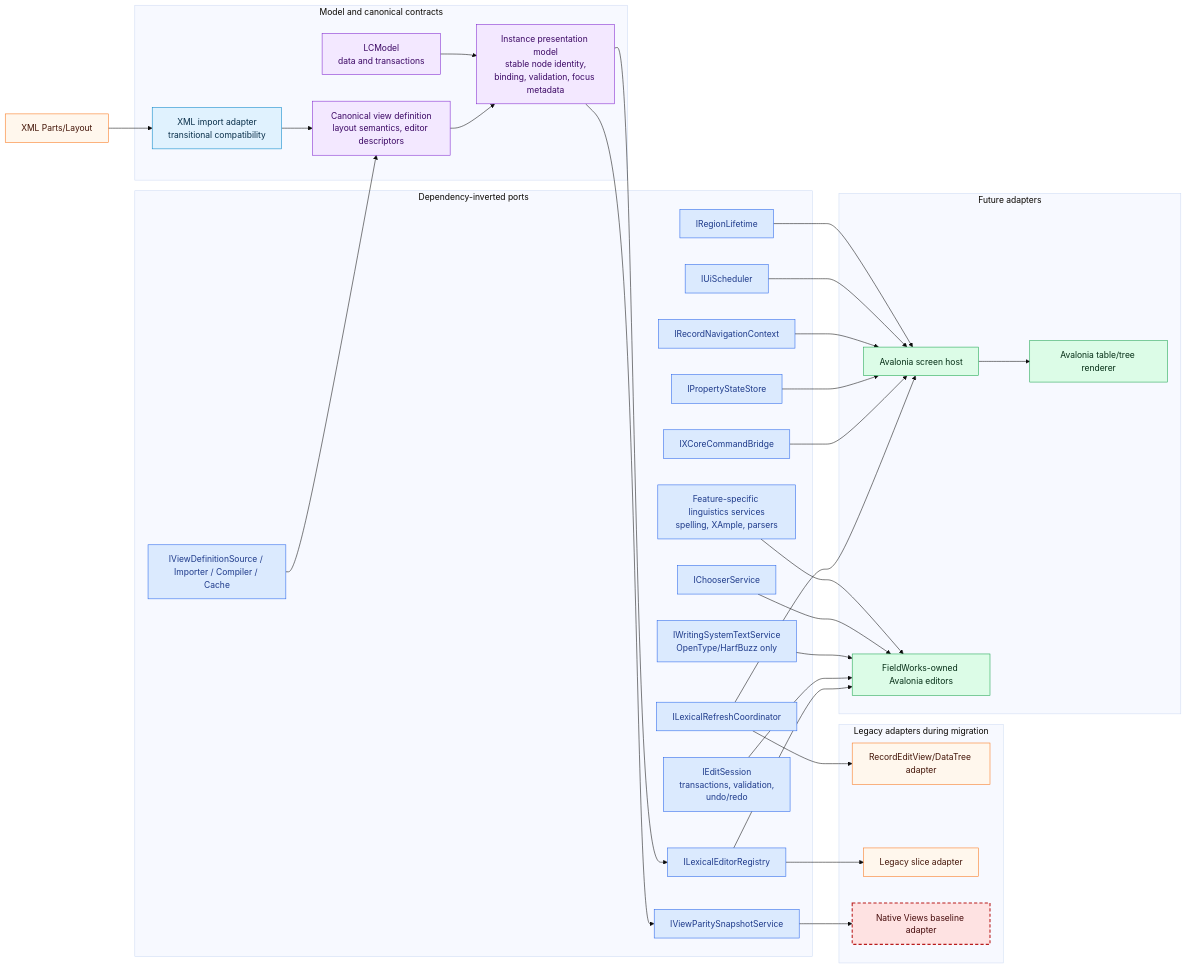
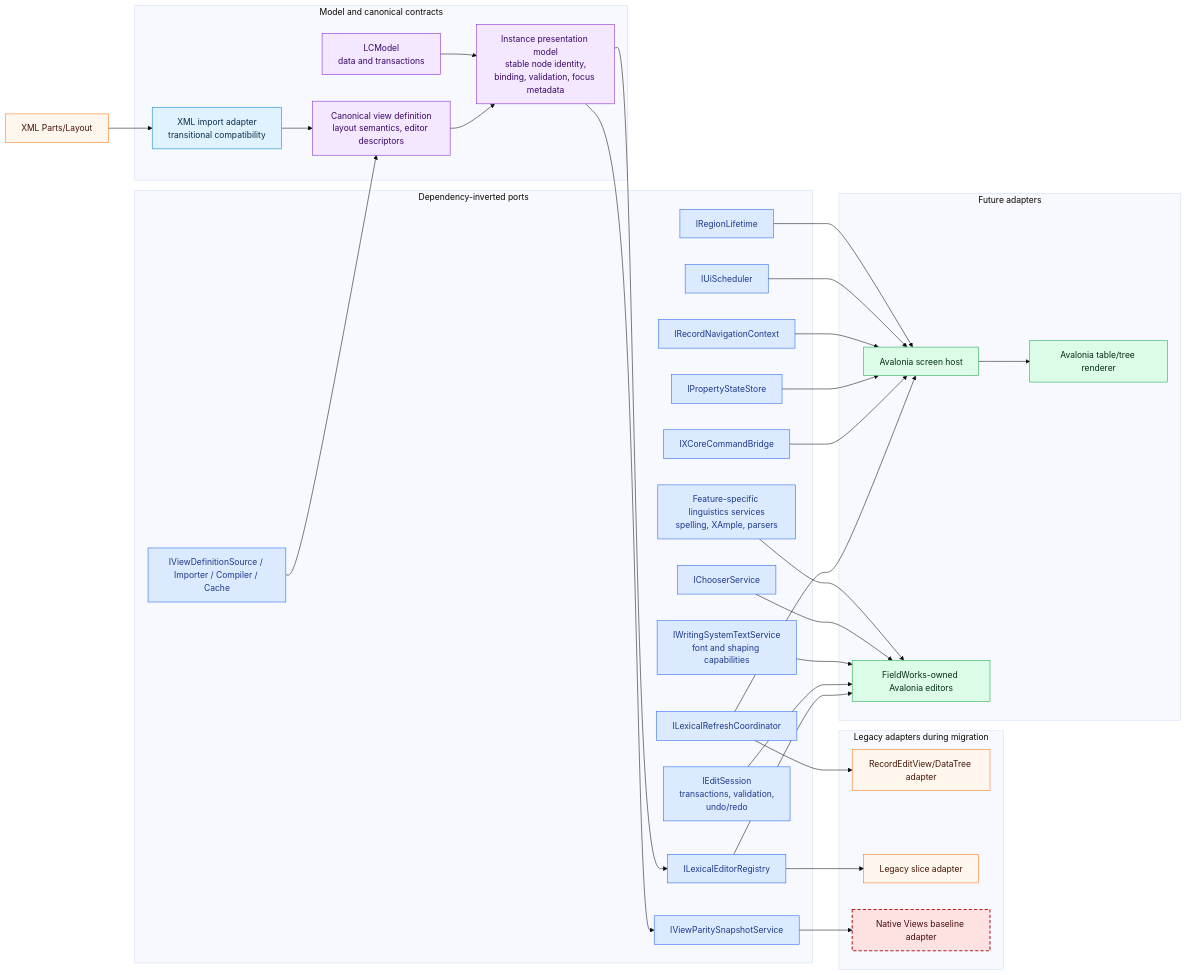
One commit to sillsdev/FieldWorks changed the second of 6 diagrams in openspec/changes/lexical-edit-avalonia-migration/architecture-diagrams.md. Above: the diagram before and after it, drawn with Mermaid (base theme). The commit also changed other lines of this file and 25 other files, not shown here.

````diff
--- a/openspec/changes/lexical-edit-avalonia-migration/architecture-diagrams.md
+++ b/openspec/changes/lexical-edit-avalonia-migration/architecture-diagrams.md
@@ -63,65 +63,65 @@
 ```mermaid
 flowchart LR
   subgraph Model["Model and canonical contracts"]
     LCModel["LCModel<br/>data and transactions"]:::model
     Canonical["Canonical view definition<br/>layout semantics, editor descriptors"]:::model
     Presentation["Instance presentation model<br/>stable node identity,<br/>binding, validation, focus metadata"]:::model
     XMLImport["XML import adapter<br/>transitional compatibility"]:::adapter
   end
 
   subgraph Ports["Dependency-inverted ports"]
     Refresh["ILexicalRefreshCoordinator"]:::port
     ViewDefs["IViewDefinitionSource / Importer / Compiler / Cache"]:::port
     Editors["ILexicalEditorRegistry"]:::port
     EditSession["IEditSession<br/>transactions, validation,<br/>undo/redo"]:::port
     Choosers["IChooserService"]:::port
-    Text["IWritingSystemTextService<br/>OpenType/HarfBuzz only"]:::port
+    Text["IWritingSystemTextService<br/>font and shaping capabilities"]:::port
     Command["IXCoreCommandBridge"]:::port
     PropertyState["IPropertyStateStore"]:::port
     Navigation["IRecordNavigationContext"]:::port
     Scheduler["IUiScheduler"]:::port
     Lifetime["IRegionLifetime"]:::port
     Linguistics["Feature-specific linguistics services<br/>spelling, XAmple, parsers"]:::port
     Capture["IViewParitySnapshotService"]:::port
   end
 
   subgraph LegacyAdapters["Legacy adapters during migration"]
     LegacyHost["RecordEditView/DataTree adapter"]:::legacy
     LegacySlices["Legacy slice adapter"]:::legacy
     LegacyViews["Native Views baseline adapter"]:::decom
   end
 
   subgraph FutureAdapters["Future adapters"]
     AvaloniaHost["Avalonia screen host"]:::future
     AvaloniaEditors["FieldWorks-owned Avalonia editors"]:::future
     TableTree["Avalonia table/tree renderer"]:::future
   end
 
   XMLParts["XML Parts/Layout"]:::legacy --> XMLImport --> Canonical
   ViewDefs --> Canonical --> Presentation
   LCModel --> Presentation
   Presentation --> Editors
   Presentation --> Capture
   Refresh --> LegacyHost
   Editors --> LegacySlices
   Capture --> LegacyViews
   Editors --> AvaloniaEditors
   EditSession --> AvaloniaEditors
   Refresh --> AvaloniaHost
   Text --> AvaloniaEditors
   Choosers --> AvaloniaEditors
   Command --> AvaloniaHost
   PropertyState --> AvaloniaHost
   Navigation --> AvaloniaHost
   Scheduler --> AvaloniaHost
   Lifetime --> AvaloniaHost
   Linguistics --> AvaloniaEditors
   AvaloniaHost --> TableTree
 
   classDef model fill:#f3e8ff,stroke:#7e22ce,color:#3b0764;
   classDef port fill:#dbeafe,stroke:#2563eb,color:#1e3a8a;
   classDef adapter fill:#e0f2fe,stroke:#0284c7,color:#082f49;
   classDef future fill:#dcfce7,stroke:#16a34a,color:#052e16;
   classDef legacy fill:#fff7ed,stroke:#f97316,color:#431407;
   classDef decom fill:#fee2e2,stroke:#b91c1c,stroke-width:2px,stroke-dasharray: 6 4,color:#450a0a;
 ```
````
